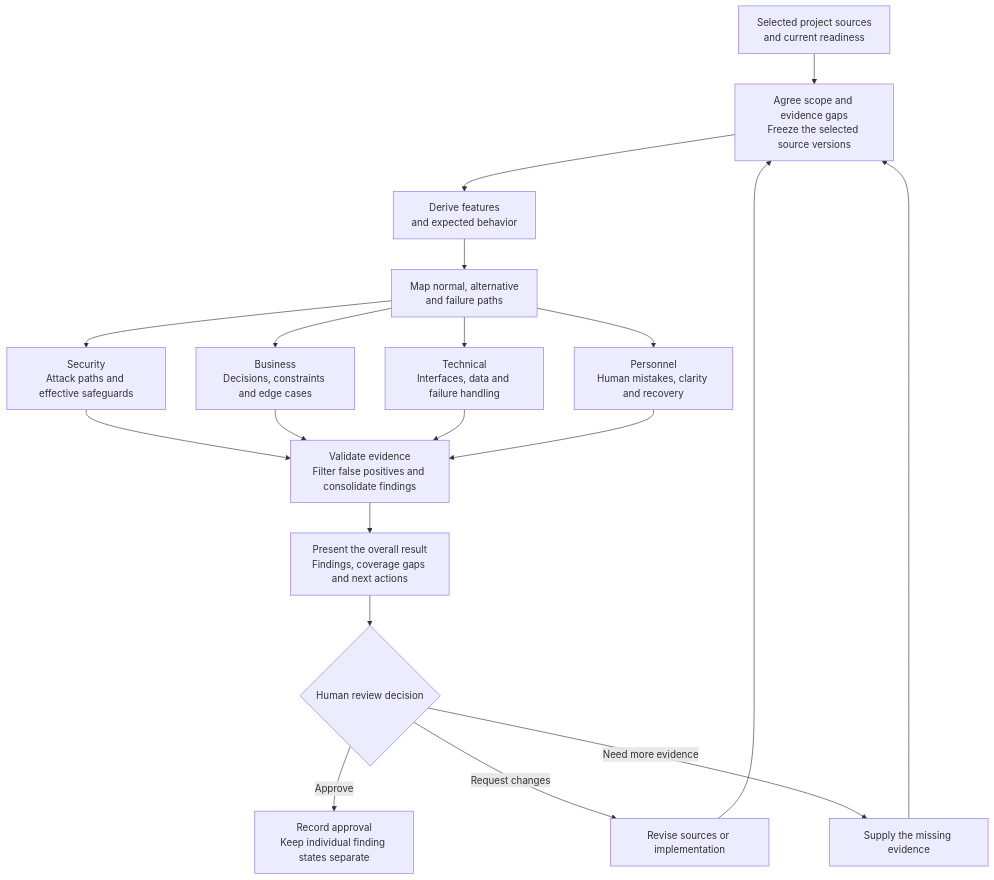
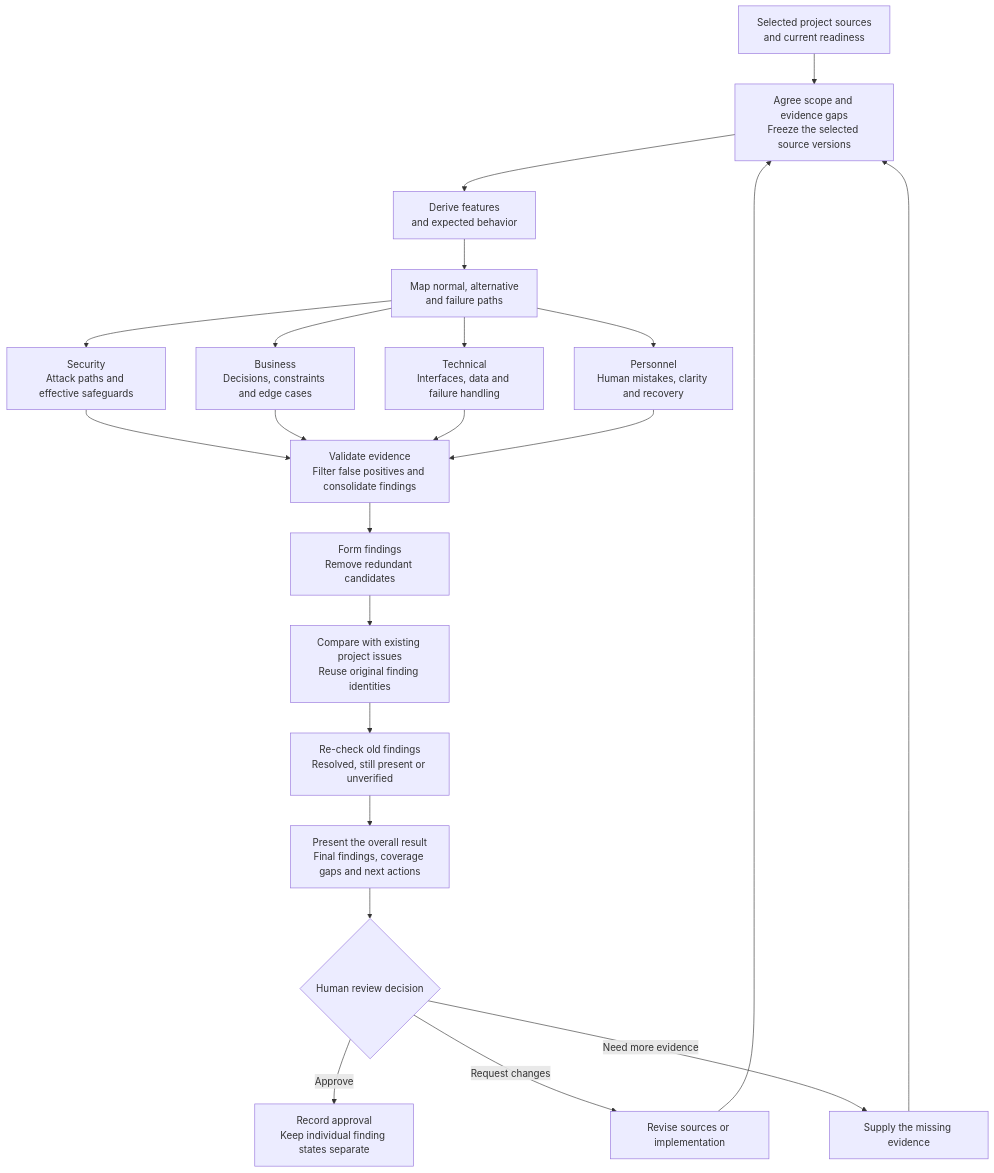
One commit to kongjiyu/centinel changed the diagram in docs/REVIEW_WORKFLOW_ABSTRACT_2026-10-19.md. Above: the diagram before and after it, drawn with Mermaid. The commit also changed other lines of this file and 51 other files, not shown here.

````diff
--- a/docs/REVIEW_WORKFLOW_ABSTRACT_2026-10-19.md
+++ b/docs/REVIEW_WORKFLOW_ABSTRACT_2026-10-19.md
@@ -5,21 +5,24 @@
 ```mermaid
 flowchart TD
     A["Selected project sources<br/>and current readiness"] --> B["Agree scope and evidence gaps<br/>Freeze the selected source versions"]
     B --> C["Derive features<br/>and expected behavior"]
     C --> D["Map normal, alternative<br/>and failure paths"]
     D --> S["Security<br/>Attack paths and effective safeguards"]
     D --> U["Business<br/>Decisions, constraints and edge cases"]
     D --> T["Technical<br/>Interfaces, data and failure handling"]
     D --> P["Personnel<br/>Human mistakes, clarity and recovery"]
     S --> E["Validate evidence<br/>Filter false positives and consolidate findings"]
     U --> E
     T --> E
     P --> E
-    E --> F["Present the overall result<br/>Findings, coverage gaps and next actions"]
+    E --> K["Form findings<br/>Remove redundant candidates"]
+    K --> L["Compare with existing project issues<br/>Reuse original finding identities"]
+    L --> M["Re-check old findings<br/>Resolved, still present or unverified"]
+    M --> F["Present the overall result<br/>Final findings, coverage gaps and next actions"]
     F --> G{"Human review decision"}
     G -->|Approve| H["Record approval<br/>Keep individual finding states separate"]
     G -->|Request changes| I["Revise sources or implementation"]
     G -->|Need more evidence| J["Supply the missing evidence"]
     I --> B
     J --> B
 ```
````
